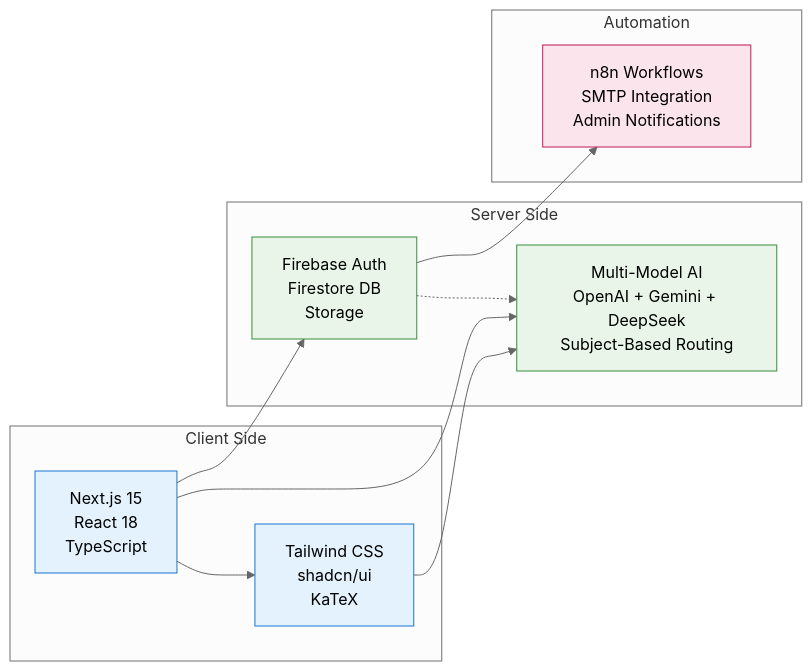
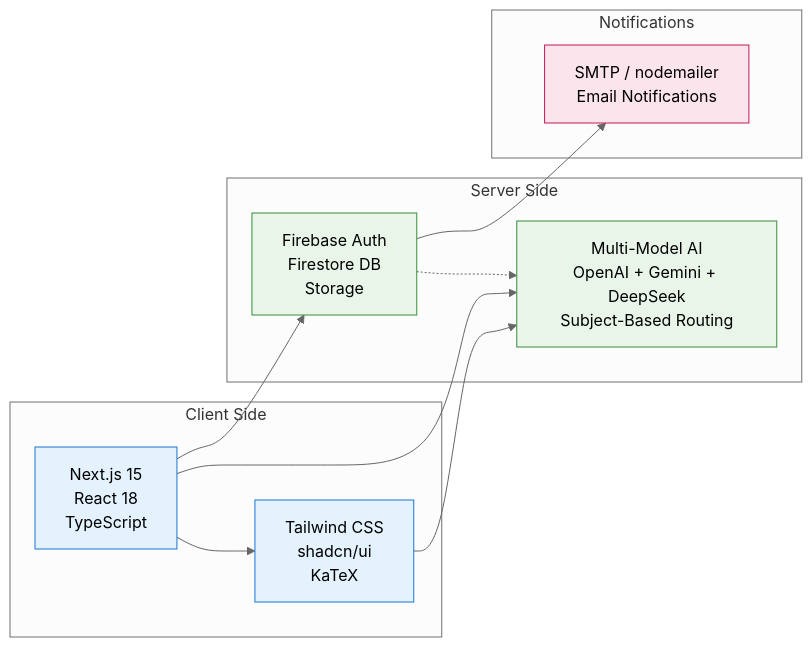
One commit to eason034056/tutor-matching changed the first of 4 diagrams in README.md. Above: the diagram before and after it, drawn with Mermaid (neutral theme). The commit also changed other lines of this file and 9 other files, not shown here.

First line of the commit message:
refactor(notifications): replace n8n webhook with direct SMTP email

````diff
--- a/README.md
+++ b/README.md
@@ -68,35 +67,35 @@
 ```mermaid
 graph LR
     subgraph "Client Side"
         A[Next.js 15<br/>React 18<br/>TypeScript]
         B[Tailwind CSS<br/>shadcn/ui<br/>KaTeX]
         A --> B
     end
     
     subgraph "Server Side"  
         C[Firebase Auth<br/>Firestore DB<br/>Storage]
         D[Multi-Model AI<br/>OpenAI + Gemini + DeepSeek<br/>Subject-Based Routing]
         C -.-> D
     end
     
-    subgraph "Automation"
-        E[n8n Workflows<br/>SMTP Integration<br/>Admin Notifications]
+    subgraph "Notifications"
+        E[SMTP / nodemailer<br/>Email Notifications]
     end
     
     %% Cross-layer connections
     A --> C
     A --> D
     C --> E
     B --> D
     
     %% Styling
     classDef client fill:#e3f2fd,stroke:#1976d2,color:#000
     classDef server fill:#e8f5e8,stroke:#388e3c,color:#000
     classDef auto fill:#fce4ec,stroke:#c2185b,color:#000
     
     class A client
     class B client
     class C server
     class D server
     class E auto
 ```
````
